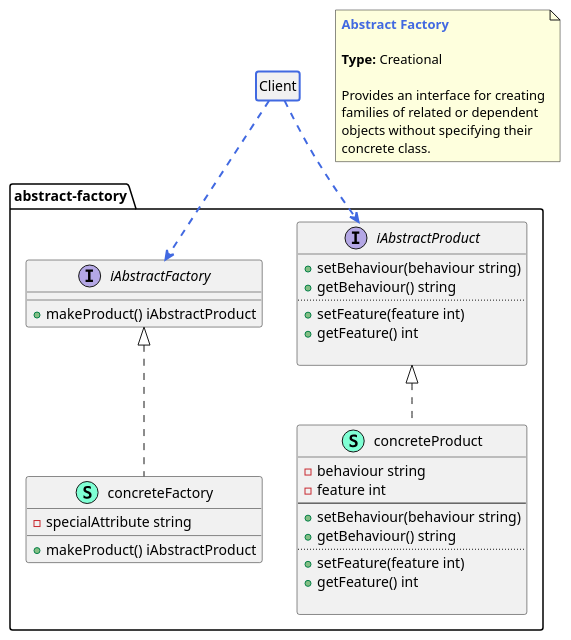
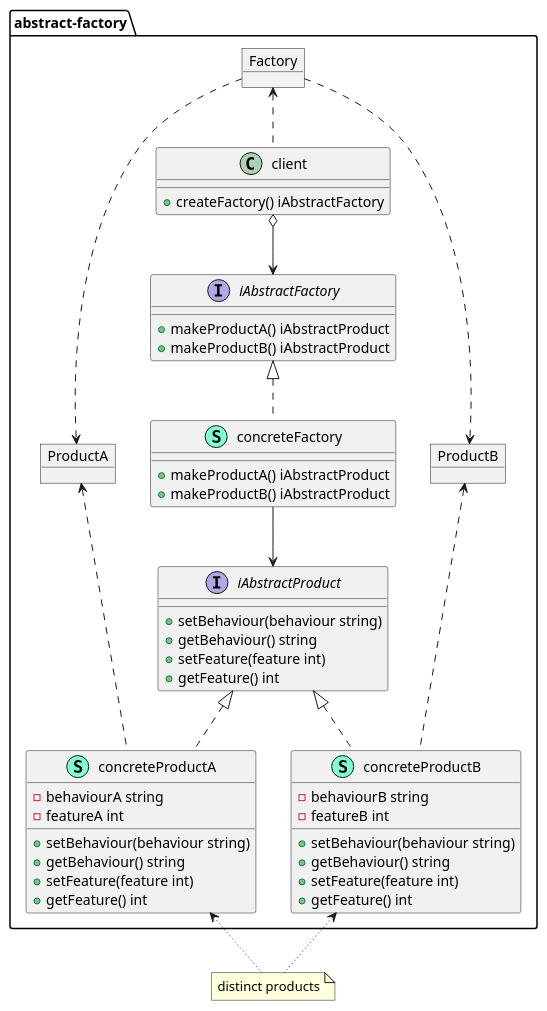
The diagram in go-dsgn-pttrn-abstract-factory.puml (cloudemprise/go-dsgn-pttrn-abstract-factory), drawn with PlantUML before and after one commit. The commit also changed 3 other files, not shown here.

```diff
--- a/go-dsgn-pttrn-abstract-factory.puml
+++ b/go-dsgn-pttrn-abstract-factory.puml
@@ -1,62 +1,93 @@
-@startuml abstract-factory
-
-class Client #line.bold:royalBlue
-hide Client members
-hide Client circle
+@startuml go-dsgn-pttrn-abstract-factory
 
 namespace abstract-factory {
-    interface iAbstractProduct  {
+
+
+    class concreteProductA << (S,Aquamarine) >> {
+        - behaviourA string
+        - featureA int
+
         + setBehaviour(behaviour string) 
         + getBehaviour() string
-        ..
         + setFeature(feature int) 
         + getFeature() int
 
     }
-    interface iAbstractFactory  {
-        + makeProduct() iAbstractProduct
 
-    }
-    class concreteProduct << (S,Aquamarine) >> {
-        - behaviour string
-        - feature int
-        --
+    class concreteProductB << (S,Aquamarine) >> {
+        - behaviourB string
+        - featureB int
+
         + setBehaviour(behaviour string) 
         + getBehaviour() string
-        ..
         + setFeature(feature int) 
         + getFeature() int
 
     }
+
+    interface iAbstractFactory  {
+
+        + makeProductA() iAbstractProduct
+        + makeProductB() iAbstractProduct
+
+    }
+
+    interface iAbstractProduct  {
+
+        + setBehaviour(behaviour string) 
+        + getBehaviour() string
+        + setFeature(feature int) 
+        + getFeature() int
+
+    }
+
+    object Factory {
+
+    }
+
+    class client {
+
+        + createFactory() iAbstractFactory
+    }
+
+
+    object ProductA {
+
+    }
+
     class concreteFactory << (S,Aquamarine) >> {
-        - specialAttribute string
+        + makeProductA() iAbstractProduct
+        + makeProductB() iAbstractProduct
 
-        + makeProduct() iAbstractProduct
     }
+
+    object ProductB {
+
+    }
+
 }
 
-"Client" -[dashed,thickness=2,#royalBlue]-> "abstract-factory.iAbstractFactory"
-"Client" -[dashed,thickness=2,#royalBlue]-> "abstract-factory.iAbstractProduct"
+Factory <.. "abstract-factory.client"
+
+'"abstract-factory.client" ..> "ProductA"
+Factory ..> "ProductA"
+ProductA <.. "abstract-factory.concreteProductA"
+ProductA -[hidden]- "abstract-factory.iAbstractProduct"
+
+'"abstract-factory.client" ..> "ProductB"
+Factory ..> "ProductB"
+ProductB <.. "abstract-factory.concreteProductB"
+ProductB -[hidden]- "abstract-factory.iAbstractProduct"
+
+"abstract-factory.client" o--> "abstract-factory.iAbstractFactory"
+"abstract-factory.concreteFactory" --> "abstract-factory.iAbstractProduct"
 
 "abstract-factory.iAbstractFactory" <|.. "abstract-factory.concreteFactory"
-"abstract-factory.iAbstractProduct" <|.. "abstract-factory.concreteProduct"
+"abstract-factory.iAbstractProduct" <|.. "abstract-factory.concreteProductA"
+"abstract-factory.iAbstractProduct" <|.. "abstract-factory.concreteProductB"
 
-note as N1
-    <b><color:royalBlue>Abstract Factory</color></b>
-
-    <b>Type:</b> Creational
-
-    Provides an interface for creating
-    families of related or dependent
-    objects without specifying their
-    concrete class.
-end note
-
-/' note right of abstract-factory.iAbstractFactory::iAbstractProduct
-    An abstract factory
-    returns an abstract
-    pointer to a concrete 
-    object.
-end note '/
+note "distinct products" as N2
+"abstract-factory.concreteProductA" <.[dotted]. N2
+N2 .[dotted].> "abstract-factory.concreteProductB"
 
 @enduml
```
